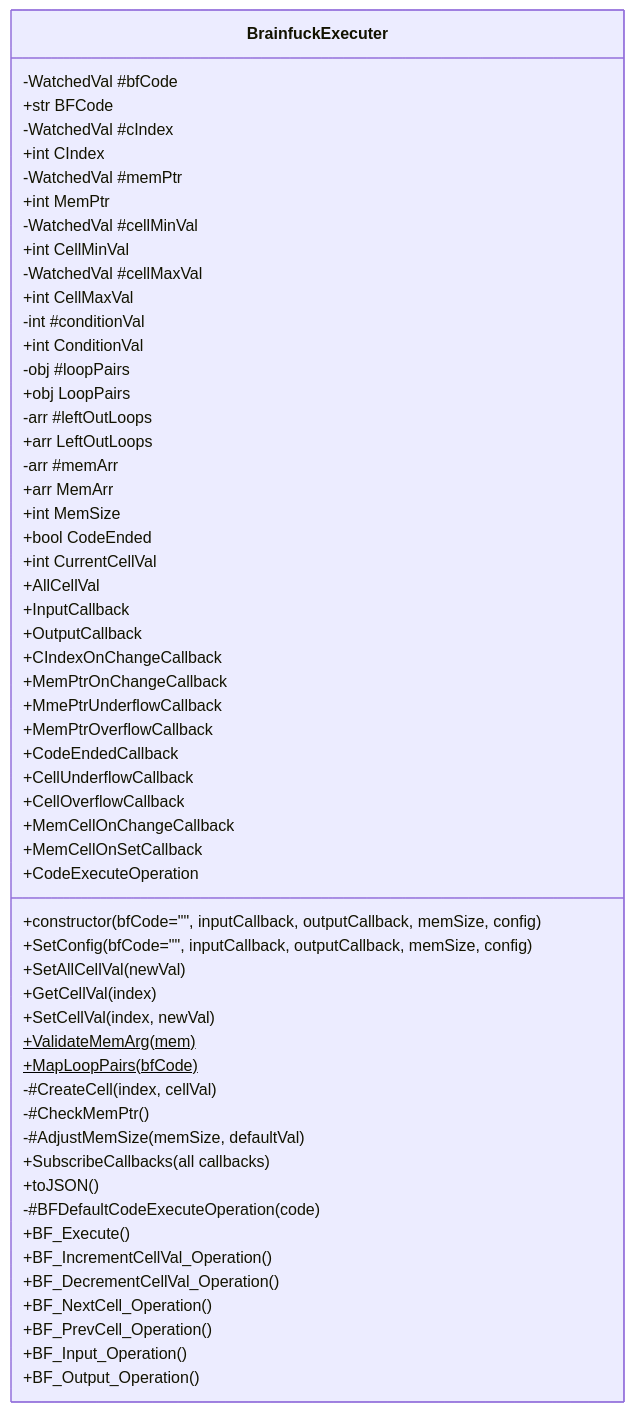
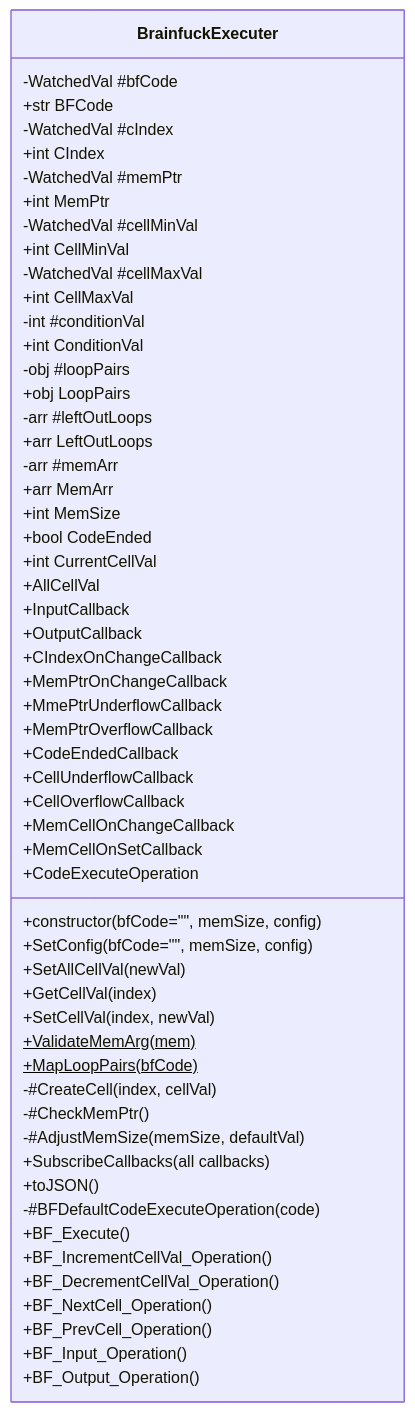
The first of 43 diagrams in Classes_Info/BrainfuckExecuter.md (BCS21090011/BrainFucker), drawn with Mermaid before and after one commit. The commit also changed other lines of this file and 1 other file, not shown here.

````diff
--- a/Classes_Info/BrainfuckExecuter.md
+++ b/Classes_Info/BrainfuckExecuter.md
@@ -5,65 +5,65 @@
 ```mermaid
 classDiagram
 
 class BrainfuckExecuter {
     -WatchedVal #bfCode
     +str BFCode
     -WatchedVal #cIndex
     +int CIndex
     -WatchedVal #memPtr
     +int MemPtr
     -WatchedVal #cellMinVal
     +int CellMinVal
     -WatchedVal #cellMaxVal
     +int CellMaxVal
 
     -int #conditionVal
     +int ConditionVal
     -obj #loopPairs
     +obj LoopPairs
     -arr #leftOutLoops
     +arr LeftOutLoops
     -arr #memArr
     +arr MemArr
 
     +int MemSize
     +bool CodeEnded
     +int CurrentCellVal
     +AllCellVal
 
     +InputCallback
     +OutputCallback
     +CIndexOnChangeCallback
     +MemPtrOnChangeCallback
     +MmePtrUnderflowCallback
     +MemPtrOverflowCallback
     +CodeEndedCallback
     +CellUnderflowCallback
     +CellOverflowCallback
     +MemCellOnChangeCallback
     +MemCellOnSetCallback
     +CodeExecuteOperation
 
-    +constructor(bfCode="", inputCallback, outputCallback, memSize, config)
-    +SetConfig(bfCode="", inputCallback, outputCallback, memSize, config)
+    +constructor(bfCode="", memSize, config)
+    +SetConfig(bfCode="", memSize, config)
     +SetAllCellVal(newVal)
     +GetCellVal(index)
     +SetCellVal(index, newVal)
     +ValidateMemArg(mem)$
     +MapLoopPairs(bfCode)$
     -#CreateCell(index, cellVal)
     -#CheckMemPtr()
     -#AdjustMemSize(memSize, defaultVal)
     +SubscribeCallbacks(all callbacks)
     +toJSON()
 
     -#BFDefaultCodeExecuteOperation(code)
     +BF_Execute()
     +BF_IncrementCellVal_Operation()
     +BF_DecrementCellVal_Operation()
     +BF_NextCell_Operation()
     +BF_PrevCell_Operation()
     +BF_Input_Operation()
     +BF_Output_Operation()
 }
 ```
````
